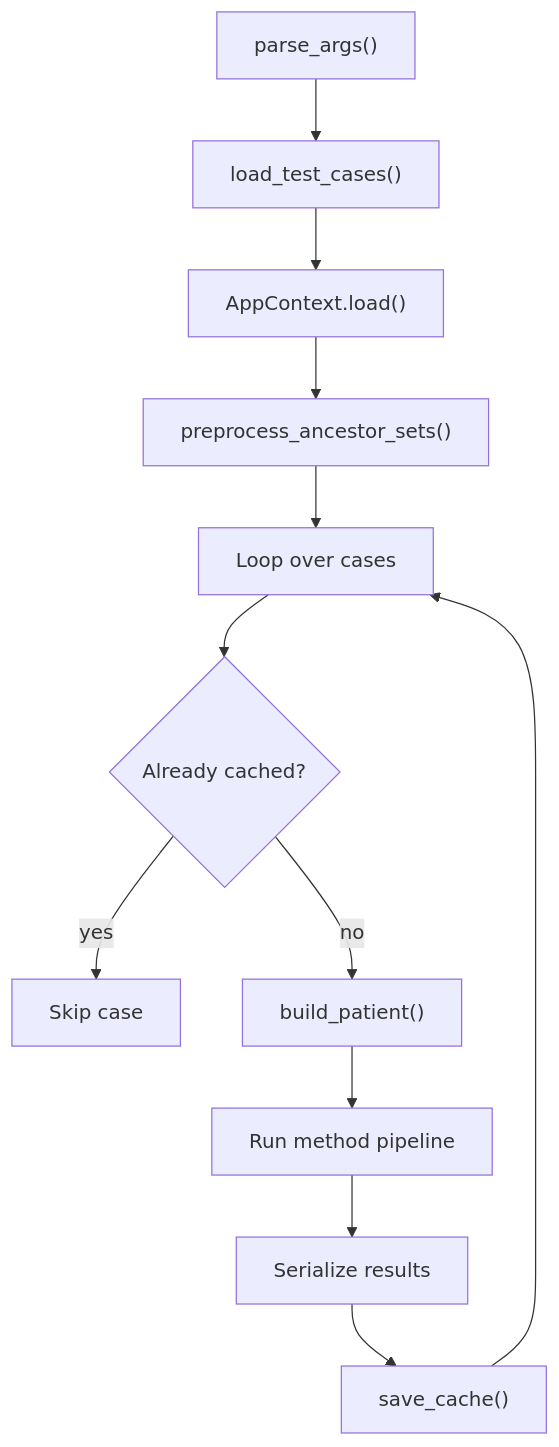
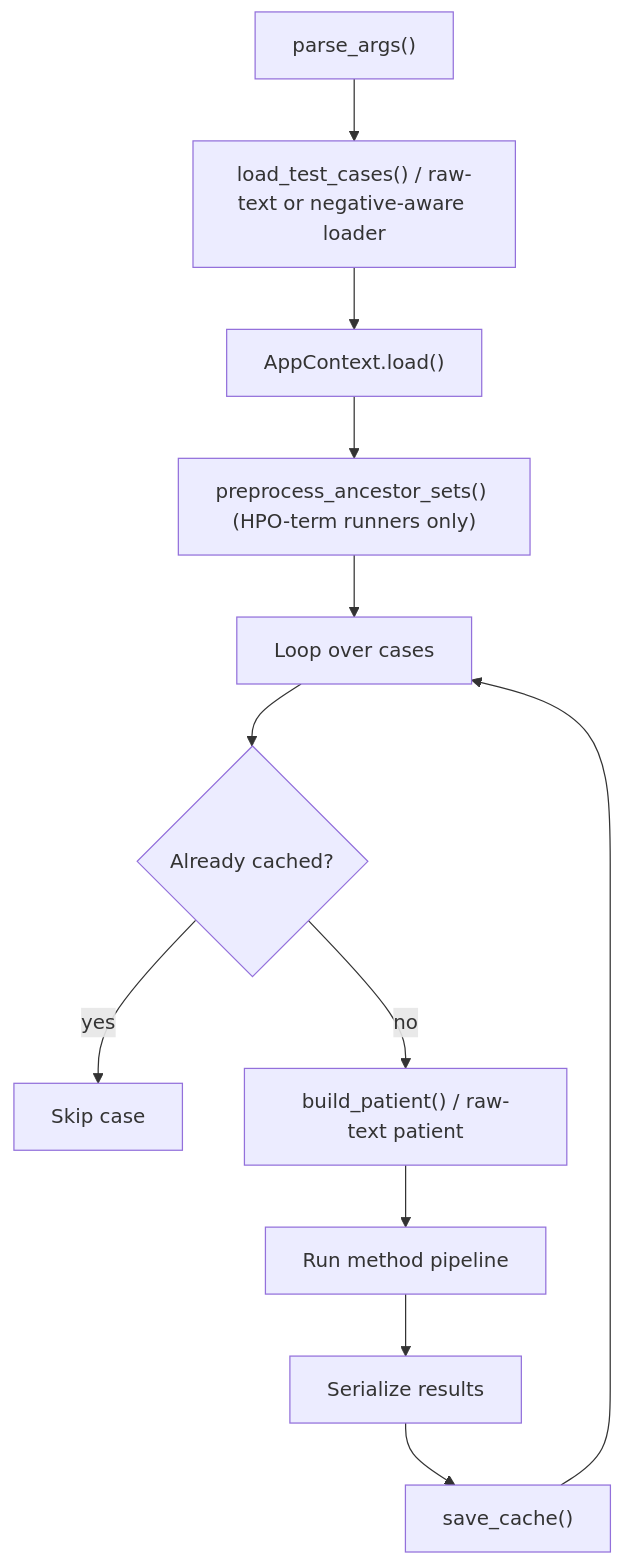
One commit to Alizzie/RareSim-Master-Project- changed the diagram in wiki/evaluation/batch-runners-and-shared-utilities.md. Above: the diagram before and after it, drawn with Mermaid. The commit also changed other lines of this file and 17 other files, not shown here.

````diff
--- a/wiki/evaluation/batch-runners-and-shared-utilities.md
+++ b/wiki/evaluation/batch-runners-and-shared-utilities.md
@@ -252,14 +273,14 @@
 ```mermaid
 flowchart TD
-    A["parse_args()"] --> B["load_test_cases()"]
+    A["parse_args()"] --> B["load_test_cases() / raw-text or negative-aware loader"]
     B --> C["AppContext.load()"]
-    C --> D["preprocess_ancestor_sets()"]
+    C --> D["preprocess_ancestor_sets() (HPO-term runners only)"]
     D --> E["Loop over cases"]
     E --> F{"Already cached?"}
     F -- yes --> G["Skip case"]
-    F -- no --> H["build_patient()"]
+    F -- no --> H["build_patient() / raw-text patient"]
     H --> I["Run method pipeline"]
     I --> J["Serialize results"]
     J --> K["save_cache()"]
     K --> E
 ```
````
